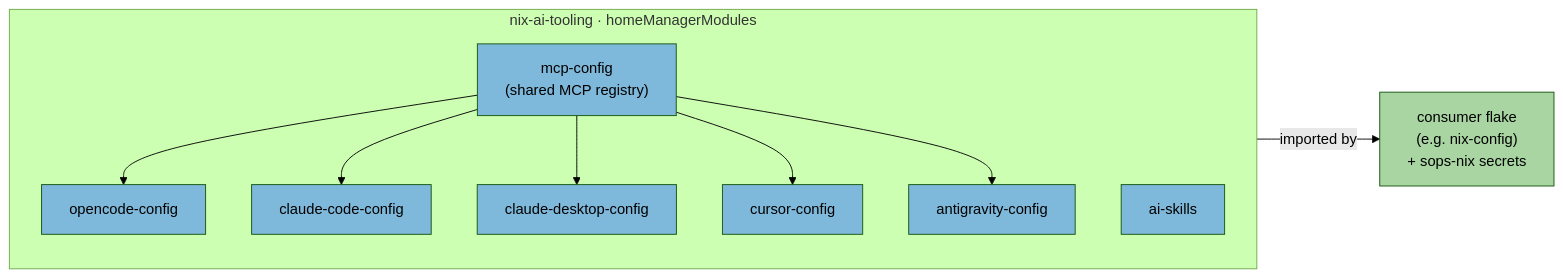
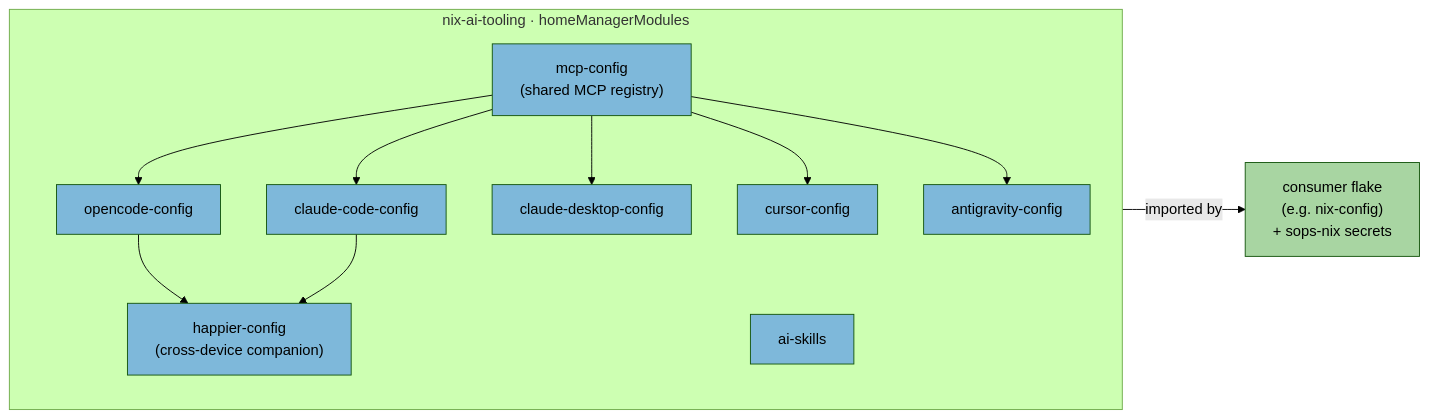
One commit to DiegoBarrosA/nix-ai-tooling changed the diagram in README.md. Above: the diagram before and after it, drawn with Mermaid (forest theme). The commit also changed other lines of this file and 3 other files, not shown here.

Commit message:
Add happier-config module

````diff
--- a/README.md
+++ b/README.md
@@ -12,23 +12,26 @@
 ```mermaid
 graph LR
     subgraph flake["nix-ai-tooling · homeManagerModules"]
         MCP["mcp-config<br/>(shared MCP registry)"]
         OC["opencode-config"]
         CC["claude-code-config"]
         CD["claude-desktop-config"]
         CUR["cursor-config"]
         AG["antigravity-config"]
         SK["ai-skills"]
+        HP["happier-config<br/>(cross-device companion)"]
     end
     MCP --> OC
     MCP --> CC
     MCP --> CD
     MCP --> CUR
     MCP --> AG
+    OC --> HP
+    CC --> HP
     flake -->|"imported by"| CONS["consumer flake<br/>(e.g. nix-config)<br/>+ sops-nix secrets"]
 
     classDef m fill:#7eb8da,color:#000
     classDef c fill:#a8d5a2,color:#000
-    class MCP,OC,CC,CD,CUR,AG,SK m
+    class MCP,OC,CC,CD,CUR,AG,SK,HP m
     class CONS c
 ```
````
